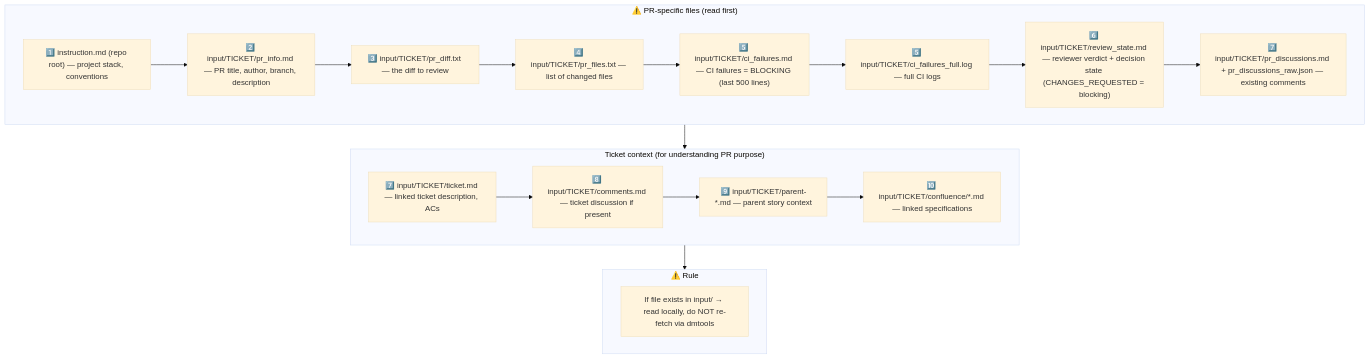
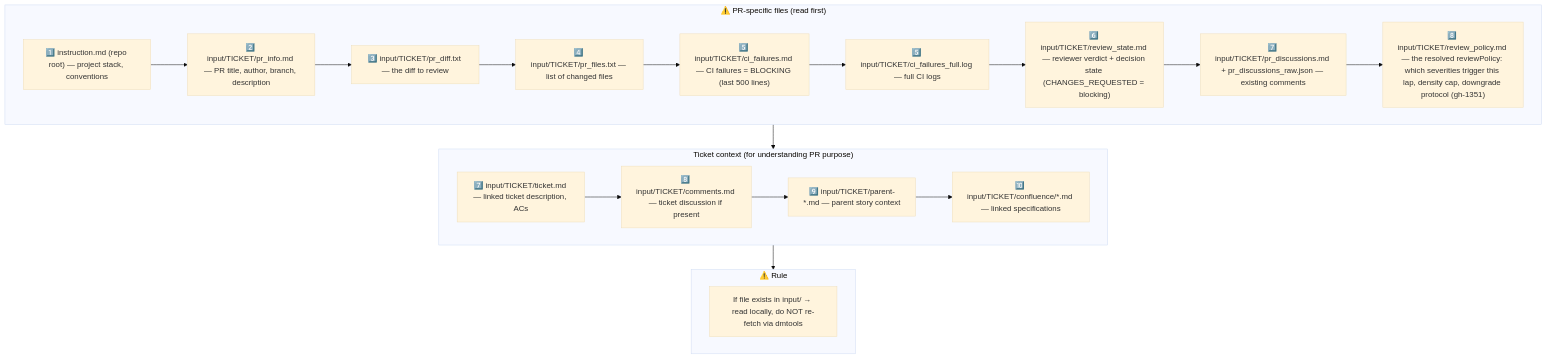
Before and after one commit to IstiN/dmtools-agents: the third of 8 diagrams in snapshots/pr_rework.md, drawn with Mermaid (base theme). The commit also changed other lines of this file and 53 other files, not shown here.

First line of the commit message:
gh-1351 [1328 step 2/4] reviewPolicy config + verdict layer: 4-tier severity, IMPORTANT gates approval, density control (#1357)

````diff
--- a/snapshots/pr_rework.md
+++ b/snapshots/pr_rework.md
@@ -76,28 +76,29 @@
 ```mermaid
 flowchart TD
     subgraph PR_CONTEXT["⚠️ PR-specific files (read first)"]
         P1["1️⃣ instruction.md (repo root) — project stack, conventions"]
         P2["2️⃣ input/TICKET/pr_info.md — PR title, author, branch, description"]
         P3["3️⃣ input/TICKET/pr_diff.txt — the diff to review"]
         P4["4️⃣ input/TICKET/pr_files.txt — list of changed files"]
         P5["5️⃣ input/TICKET/ci_failures.md — CI failures = BLOCKING (last 500 lines)"]
         P5_FULL["5️⃣ input/TICKET/ci_failures_full.log — full CI logs"]
         P6["6️⃣ input/TICKET/review_state.md — reviewer verdict + decision state (CHANGES_REQUESTED = blocking)"]
         P7["7️⃣ input/TICKET/pr_discussions.md + pr_discussions_raw.json — existing comments"]
-        P1 --> P2 --> P3 --> P4 --> P5 --> P5_FULL --> P6 --> P7
+        P8["8️⃣ input/TICKET/review_policy.md — the resolved reviewPolicy: which severities trigger this lap, density cap, downgrade protocol (gh-1351)"]
+        P1 --> P2 --> P3 --> P4 --> P5 --> P5_FULL --> P6 --> P7 --> P8
     end
 
     subgraph TICKET_CONTEXT["Ticket context (for understanding PR purpose)"]
         T1["7️⃣ input/TICKET/ticket.md — linked ticket description, ACs"]
         T2["8️⃣ input/TICKET/comments.md — ticket discussion if present"]
         T3["9️⃣ input/TICKET/parent-*.md — parent story context"]
         T4["🔟 input/TICKET/confluence/*.md — linked specifications"]
         T1 --> T2 --> T3 --> T4
     end
 
     subgraph RULE["⚠️ Rule"]
         R1["If file exists in input/ → read locally, do NOT re-fetch via dmtools"]
     end
 
     PR_CONTEXT --> TICKET_CONTEXT --> RULE
 ```
````
